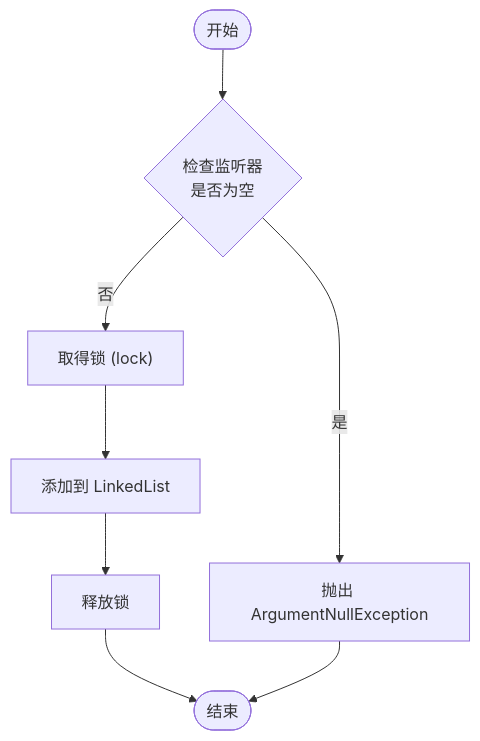
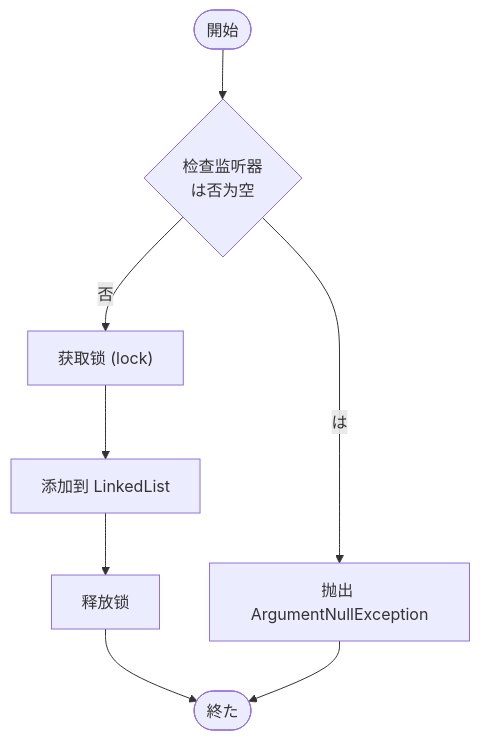
The third of 3 diagrams in docs/ja/client/unity/component/mono/06.monomanager.md (AlianBlank/GameFrameX.Docs), drawn with Mermaid before and after one commit. The commit also changed other lines of this file and 320 other files, not shown here.

````diff
--- a/docs/ja/client/unity/component/mono/06.monomanager.md
+++ b/docs/ja/client/unity/component/mono/06.monomanager.md
@@ -97,10 +97,10 @@
 ```mermaid
 flowchart TD
-    Start([开始]) --> Check{检查监听器<br/>是否为空}
-    Check -->|是| ThrowError[抛出 ArgumentNullException]
-    Check -->|否| Lock["取得锁 (lock)"]
+    Start([開始]) --> Check{检查监听器<br/>は否为空}
+    Check -->|は| ThrowError[抛出 ArgumentNullException]
+    Check -->|否| Lock["获取锁 (lock)"]
     Lock --> Add[添加到 LinkedList]
     Add --> Unlock[释放锁]
-    Unlock --> End([结束])
+    Unlock --> End([終た])
     ThrowError --> End
 ```
````
